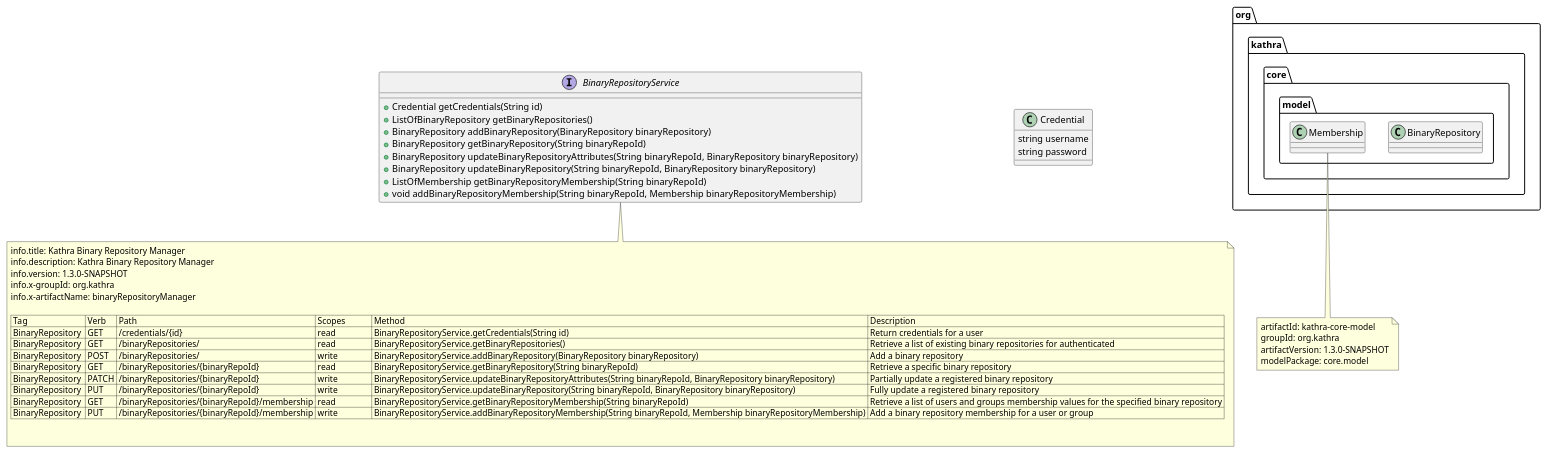
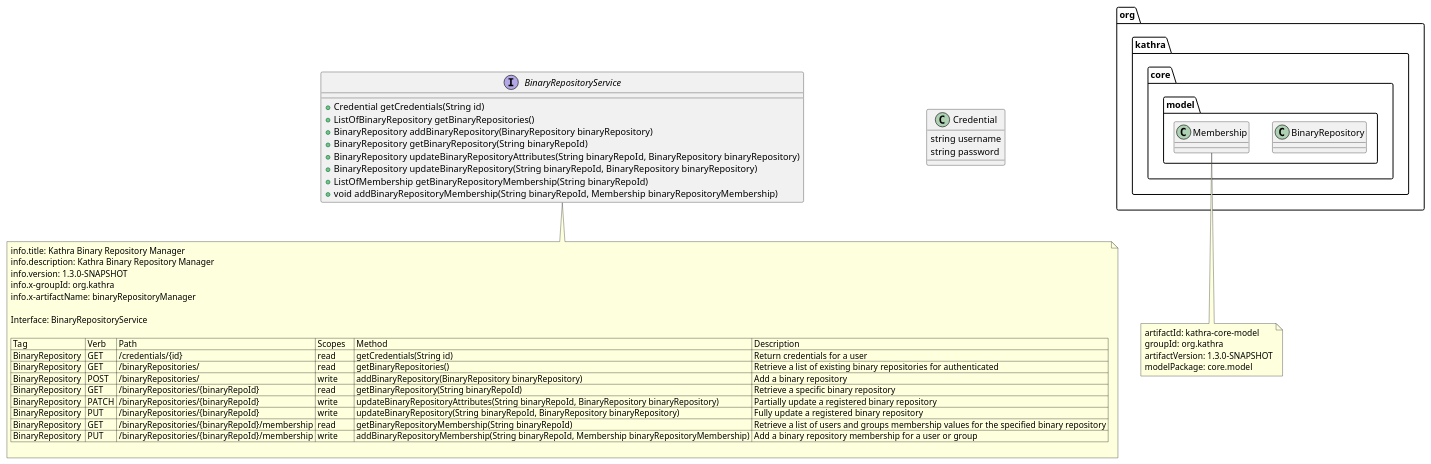
The diagram in Services/binaryrepositorymanager/service.puml (kathra-project/specifications), drawn with PlantUML before and after one commit. The commit also changed 16 other files, not shown here.

```diff
--- a/Services/binaryrepositorymanager/service.puml
+++ b/Services/binaryrepositorymanager/service.puml
@@ -1,54 +1,55 @@
 @startuml
 
 interface BinaryRepositoryService {
     + Credential getCredentials(String id)
     + ListOfBinaryRepository getBinaryRepositories()
     + BinaryRepository addBinaryRepository(BinaryRepository binaryRepository)
     + BinaryRepository getBinaryRepository(String binaryRepoId)
     + BinaryRepository updateBinaryRepositoryAttributes(String binaryRepoId, BinaryRepository binaryRepository)
     + BinaryRepository updateBinaryRepository(String binaryRepoId, BinaryRepository binaryRepository)
     + ListOfMembership getBinaryRepositoryMembership(String binaryRepoId)
     + void addBinaryRepositoryMembership(String binaryRepoId, Membership binaryRepositoryMembership)
 }
 
 note bottom
 info.title: Kathra Binary Repository Manager
 info.description: Kathra Binary Repository Manager
 info.version: 1.3.0-SNAPSHOT
 info.x-groupId: org.kathra
 info.x-artifactName: binaryRepositoryManager
 
-| Tag               | Verb  | Path                                          | Scopes            | Method                                                                                                            | Description                   |
-| BinaryRepository  | GET   | /credentials/{id}                             | read              | BinaryRepositoryService.getCredentials(String id)                                                                 | Return credentials for a user |
-| BinaryRepository  | GET   | /binaryRepositories/                          | read              | BinaryRepositoryService.getBinaryRepositories()                                                                   | Retrieve a list of existing binary repositories for authenticated |
-| BinaryRepository  | POST  | /binaryRepositories/                          | write             | BinaryRepositoryService.addBinaryRepository(BinaryRepository binaryRepository)                                    | Add a binary repository |
-| BinaryRepository  | GET   | /binaryRepositories/{binaryRepoId}            | read              | BinaryRepositoryService.getBinaryRepository(String binaryRepoId)                                                  | Retrieve a specific binary repository |
-| BinaryRepository  | PATCH | /binaryRepositories/{binaryRepoId}            | write             | BinaryRepositoryService.updateBinaryRepositoryAttributes(String binaryRepoId, BinaryRepository binaryRepository)  | Partially update a registered binary repository |
-| BinaryRepository  | PUT   | /binaryRepositories/{binaryRepoId}            | write             | BinaryRepositoryService.updateBinaryRepository(String binaryRepoId, BinaryRepository binaryRepository)            | Fully update a registered binary repository |
-| BinaryRepository  | GET   | /binaryRepositories/{binaryRepoId}/membership | read              | BinaryRepositoryService.getBinaryRepositoryMembership(String binaryRepoId)                                        | Retrieve a list of users and groups membership values for the specified binary repository |
-| BinaryRepository  | PUT   | /binaryRepositories/{binaryRepoId}/membership | write             | BinaryRepositoryService.addBinaryRepositoryMembership(String binaryRepoId, Membership binaryRepositoryMembership) | Add a binary repository membership for a user or group |
+Interface: BinaryRepositoryService
 
+| Tag               | Verb  | Path                                          | Scopes    | Method                                                                                    | Description                   |
+| BinaryRepository  | GET   | /credentials/{id}                             | read      | getCredentials(String id)                                                                 | Return credentials for a user |
+| BinaryRepository  | GET   | /binaryRepositories/                          | read      | getBinaryRepositories()                                                                   | Retrieve a list of existing binary repositories for authenticated |
+| BinaryRepository  | POST  | /binaryRepositories/                          | write     | addBinaryRepository(BinaryRepository binaryRepository)                                    | Add a binary repository |
+| BinaryRepository  | GET   | /binaryRepositories/{binaryRepoId}            | read      | getBinaryRepository(String binaryRepoId)                                                  | Retrieve a specific binary repository |
+| BinaryRepository  | PATCH | /binaryRepositories/{binaryRepoId}            | write     | updateBinaryRepositoryAttributes(String binaryRepoId, BinaryRepository binaryRepository)  | Partially update a registered binary repository |
+| BinaryRepository  | PUT   | /binaryRepositories/{binaryRepoId}            | write     | updateBinaryRepository(String binaryRepoId, BinaryRepository binaryRepository)            | Fully update a registered binary repository |
+| BinaryRepository  | GET   | /binaryRepositories/{binaryRepoId}/membership | read      | getBinaryRepositoryMembership(String binaryRepoId)                                        | Retrieve a list of users and groups membership values for the specified binary repository |
+| BinaryRepository  | PUT   | /binaryRepositories/{binaryRepoId}/membership | write     | addBinaryRepositoryMembership(String binaryRepoId, Membership binaryRepositoryMembership) | Add a binary repository membership for a user or group |
 
 end note
 
 class Credential {
     string username
     string password
 }
 
 package "org.kathra.core.model" {
     class BinaryRepository {
     }                                          
     class Membership {
     }
 }
 
 note bottom
 artifactId: kathra-core-model
 groupId: org.kathra
 artifactVersion: 1.3.0-SNAPSHOT
 modelPackage: core.model
 end note
 
 
 @enduml
```
